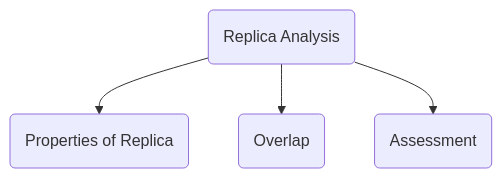
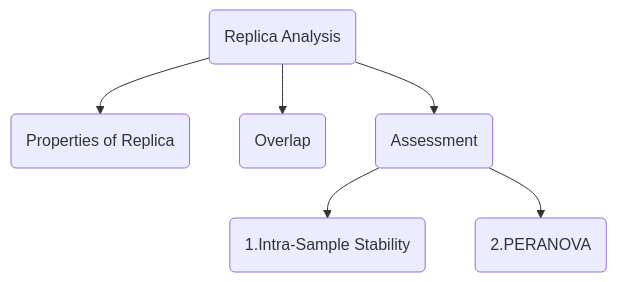
One commit to dtklinh/Comprehensive_microbiome_PDAC_survey changed the diagram in Rscripts/Chap3/Quarto_Doc/Chap3_TechnicalReplica.qmd. Above: the diagram before and after it, drawn with Mermaid. The commit also changed other lines of this file and 3 other files, not shown here.

````diff
--- a/Rscripts/Chap3/Quarto_Doc/Chap3_TechnicalReplica.qmd
+++ b/Rscripts/Chap3/Quarto_Doc/Chap3_TechnicalReplica.qmd
@@ -190,13 +215,15 @@
 ```{mermaid}
 flowchart TD
   %%A[Hard edge] --> B(Round edge)
   %%A --> F(Others)
   %%B --> C{Decision}
   %%C --> D[Result one]
   %%C --> E[Result two]
   
   S(Replica Analysis) --> B(Properties of Replica)
   S --> C(Overlap)
   S --> D(Assessment)
+  D --> D1(1.Intra-Sample Stability)
+  D --> D2(2.PERANOVA)
   
 ```
````
